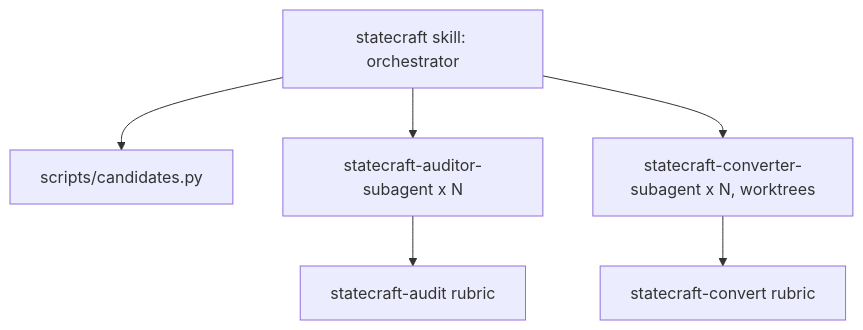
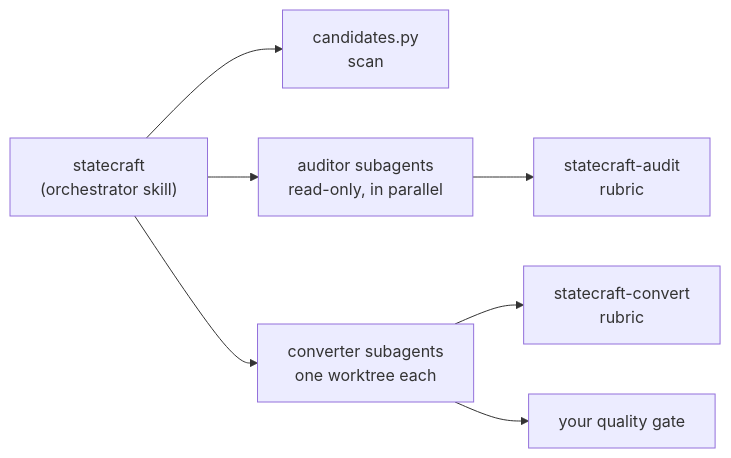
One commit to rolottr/claude-plugin-statecraft changed the diagram in README.md. Above: the diagram before and after it, drawn with Mermaid. The commit also changed other lines of this file and 26 other files, not shown here.

````diff
--- a/README.md
+++ b/README.md
@@ -33,8 +80,9 @@
 ```mermaid
-flowchart TB
-  SC[statecraft skill: orchestrator] --> CAND[scripts/candidates.py]
-  SC --> AUD[statecraft-auditor-subagent x N]
-  SC --> CONV[statecraft-converter-subagent x N, worktrees]
-  AUD --> RA[statecraft-audit rubric]
-  CONV --> RC[statecraft-convert rubric]
+flowchart LR
+  SC["statecraft<br/>(orchestrator skill)"] --> CAND["candidates.py<br/>scan"]
+  SC --> AUD["auditor subagents<br/>read-only, in parallel"]
+  SC --> CONV["converter subagents<br/>one worktree each"]
+  AUD --> RA["statecraft-audit<br/>rubric"]
+  CONV --> RC["statecraft-convert<br/>rubric"]
+  CONV --> GATE["your quality gate"]
 ```
````
